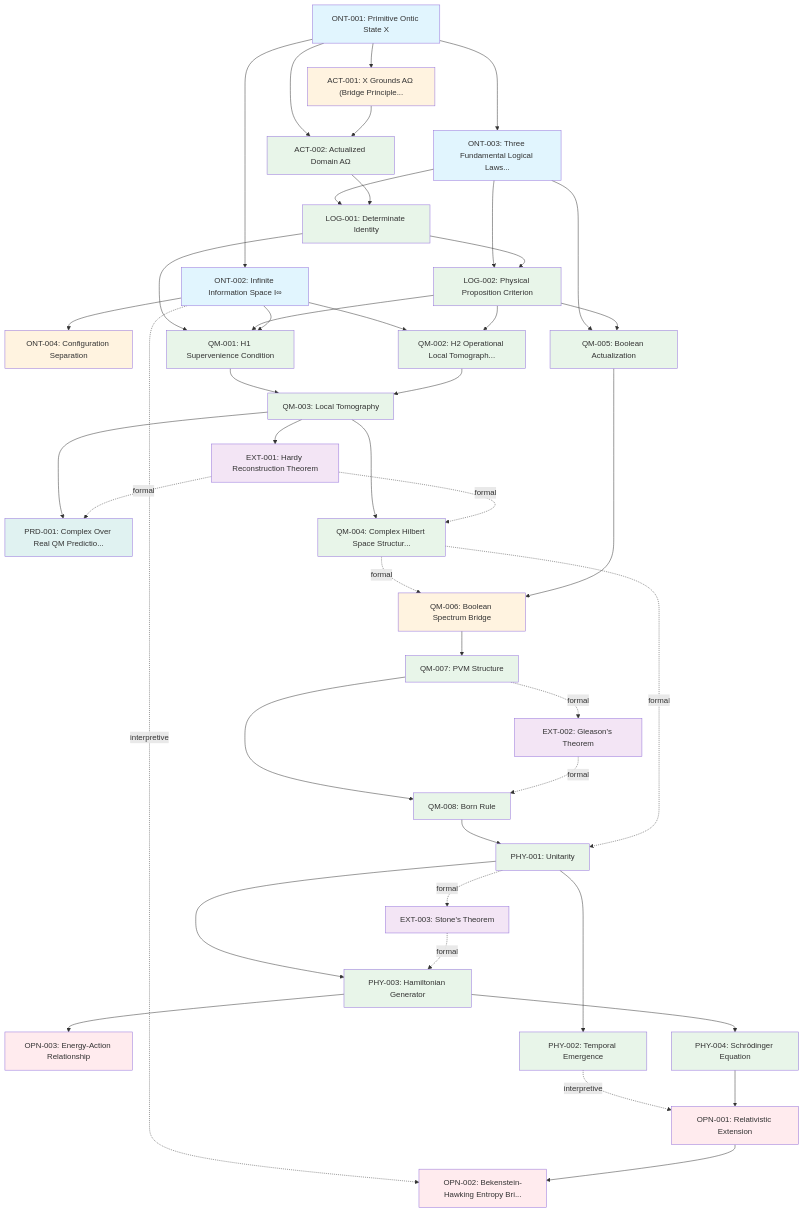
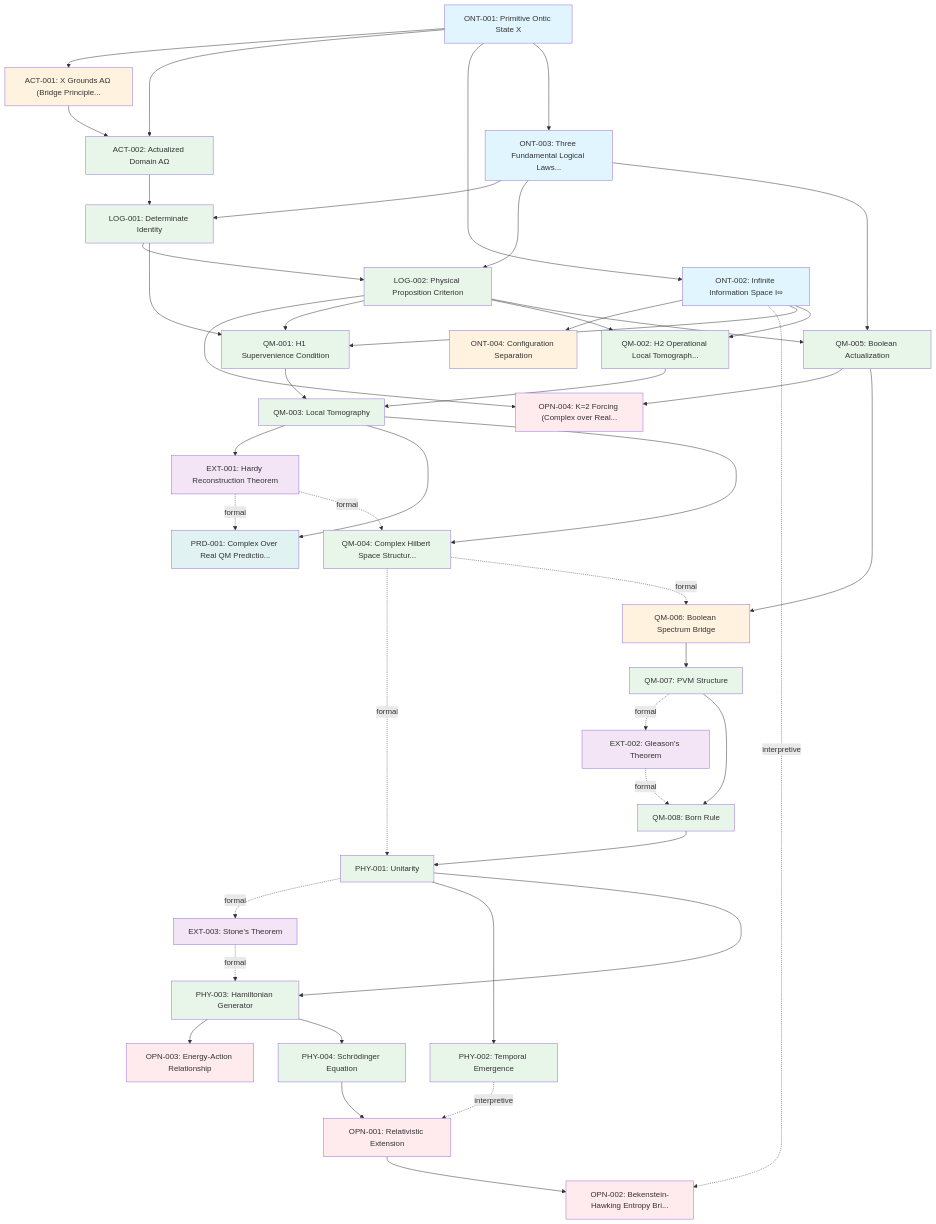
Before and after one commit to jdlongmire/logic-realism-theory: the diagram in traceability/generated/dependency-graph.mmd, drawn with Mermaid. The commit also changed 6 other files, not shown here.

```diff
--- a/traceability/generated/dependency-graph.mmd
+++ b/traceability/generated/dependency-graph.mmd
@@ -1,103 +1,107 @@
 graph TD
     classDef primitive fill:#e1f5fe
     classDef bridge fill:#fff3e0
     classDef derived fill:#e8f5e9
     classDef imported fill:#f3e5f5
     classDef open fill:#ffebee
     classDef prediction fill:#e0f2f1
     ACT-001["ACT-001: X Grounds AΩ (Bridge Principle..."]
     ACT-002["ACT-002: Actualized Domain AΩ"]
     EXT-001["EXT-001: Hardy Reconstruction Theorem"]
     EXT-002["EXT-002: Gleason's Theorem"]
     EXT-003["EXT-003: Stone's Theorem"]
     LOG-001["LOG-001: Determinate Identity"]
     LOG-002["LOG-002: Physical Proposition Criterion"]
     ONT-001["ONT-001: Primitive Ontic State X"]
     ONT-002["ONT-002: Infinite Information Space I∞"]
     ONT-003["ONT-003: Three Fundamental Logical Laws..."]
     ONT-004["ONT-004: Configuration Separation"]
     OPN-001["OPN-001: Relativistic Extension"]
     OPN-002["OPN-002: Bekenstein-Hawking Entropy Bri..."]
     OPN-003["OPN-003: Energy-Action Relationship"]
+    OPN-004["OPN-004: K=2 Forcing (Complex over Real..."]
     PHY-001["PHY-001: Unitarity"]
     PHY-002["PHY-002: Temporal Emergence"]
     PHY-003["PHY-003: Hamiltonian Generator"]
     PHY-004["PHY-004: Schrödinger Equation"]
     PRD-001["PRD-001: Complex Over Real QM Predictio..."]
     QM-001["QM-001: H1 Supervenience Condition"]
     QM-002["QM-002: H2 Operational Local Tomograph..."]
     QM-003["QM-003: Local Tomography"]
     QM-004["QM-004: Complex Hilbert Space Structur..."]
     QM-005["QM-005: Boolean Actualization"]
     QM-006["QM-006: Boolean Spectrum Bridge"]
     QM-007["QM-007: PVM Structure"]
     QM-008["QM-008: Born Rule"]
     ONT-001 --> ACT-001
     ONT-001 --> ACT-002
     ACT-001 --> ACT-002
     QM-003 --> EXT-001
     QM-007 -.->|formal| EXT-002
     PHY-001 -.->|formal| EXT-003
     ONT-003 --> LOG-001
     ACT-002 --> LOG-001
     ONT-003 --> LOG-002
     LOG-001 --> LOG-002
     ONT-001 --> ONT-002
     ONT-001 --> ONT-003
     ONT-002 --> ONT-004
     PHY-002 -.->|interpretive| OPN-001
     PHY-004 --> OPN-001
     ONT-002 -.->|interpretive| OPN-002
     OPN-001 --> OPN-002
     PHY-003 --> OPN-003
+    QM-005 --> OPN-004
+    LOG-002 --> OPN-004
     QM-008 --> PHY-001
     QM-004 -.->|formal| PHY-001
     PHY-001 --> PHY-002
     PHY-001 --> PHY-003
     EXT-003 -.->|formal| PHY-003
     PHY-003 --> PHY-004
     QM-003 --> PRD-001
     EXT-001 -.->|formal| PRD-001
     LOG-001 --> QM-001
     LOG-002 --> QM-001
     ONT-002 --> QM-001
     ONT-002 --> QM-002
     LOG-002 --> QM-002
     QM-001 --> QM-003
     QM-002 --> QM-003
     QM-003 --> QM-004
     EXT-001 -.->|formal| QM-004
     ONT-003 --> QM-005
     LOG-002 --> QM-005
     QM-004 -.->|formal| QM-006
     QM-005 --> QM-006
     QM-006 --> QM-007
     QM-007 --> QM-008
     EXT-002 -.->|formal| QM-008
     class ACT-001 bridge
     class ACT-002 derived
     class EXT-001 imported
     class EXT-002 imported
     class EXT-003 imported
     class LOG-001 derived
     class LOG-002 derived
     class ONT-001 primitive
     class ONT-002 primitive
     class ONT-003 primitive
     class ONT-004 bridge
     class OPN-001 open
     class OPN-002 open
     class OPN-003 open
+    class OPN-004 open
     class PHY-001 derived
     class PHY-002 derived
     class PHY-003 derived
     class PHY-004 derived
     class PRD-001 prediction
     class QM-001 derived
     class QM-002 derived
     class QM-003 derived
     class QM-004 derived
     class QM-005 derived
     class QM-006 bridge
     class QM-007 derived
     class QM-008 derived
```
